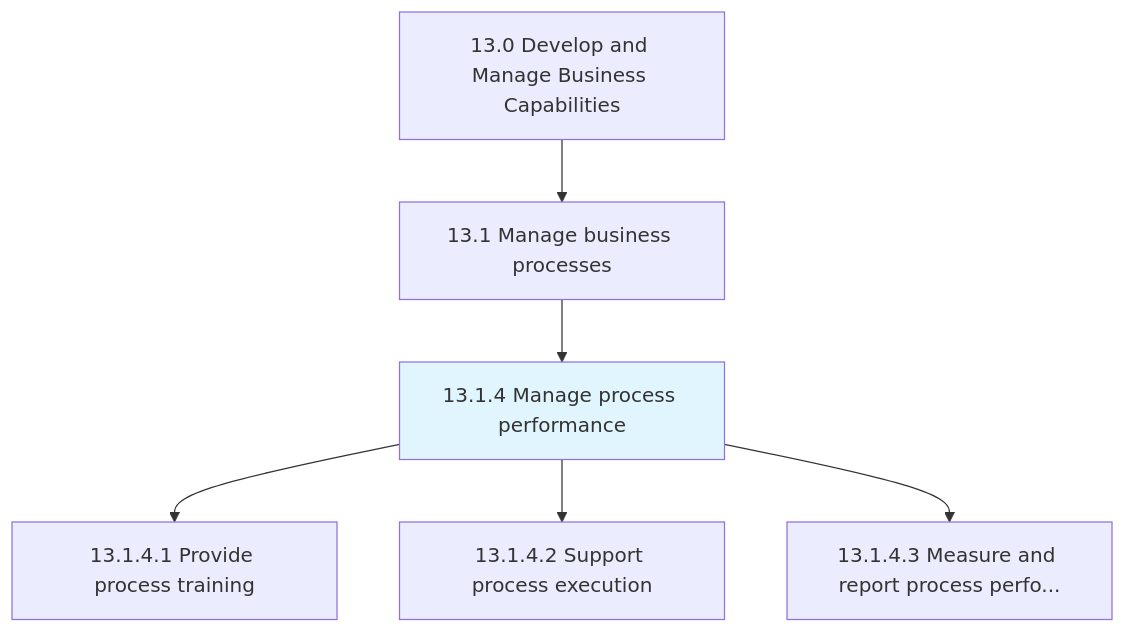
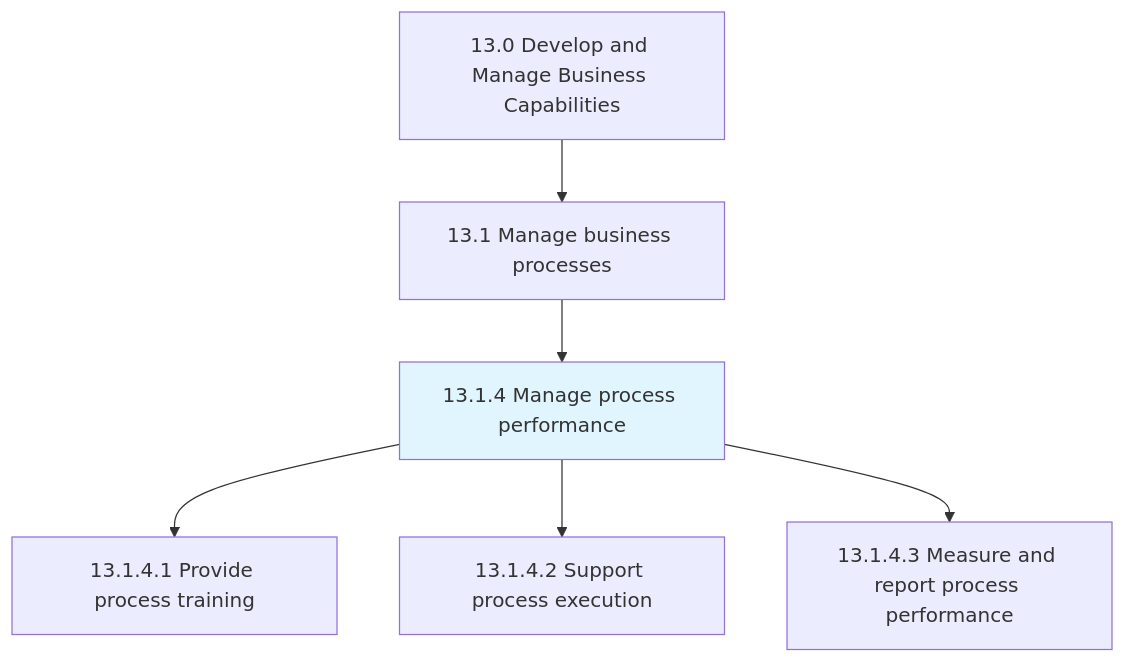
One commit to kziemski/business.org.ai changed the first of 2 diagrams in processes/13-Capabilities/13.1-ManageBusinessProcesses/13.1.4-ManageProcessPerformance/index.mdx. Above: the diagram before and after it, drawn with Mermaid. The commit also changed other lines of this file and 885 other files, not shown here.

````diff
--- a/processes/13-Capabilities/13.1-ManageBusinessProcesses/13.1.4-ManageProcessPerformance/index.mdx
+++ b/processes/13-Capabilities/13.1-ManageBusinessProcesses/13.1.4-ManageProcessPerformance/index.mdx
@@ -25,10 +27,10 @@
 ```mermaid
 graph TD
     C13["13.0 Develop and Manage Business Capabilities"]
     C13 --> N13_1["13.1 Manage business processes"]
     N13_1 --> N13_1_4["13.1.4 Manage process performance"]
     style N13_1_4 fill:#e1f5fe
     N13_1_4 --> N13_1_4_1["13.1.4.1 Provide process training"]
     N13_1_4 --> N13_1_4_2["13.1.4.2 Support process execution"]
-    N13_1_4 --> N13_1_4_3["13.1.4.3 Measure and report process perfo..."]
+    N13_1_4 --> N13_1_4_3["13.1.4.3 Measure and report process performance"]
 ```
````
